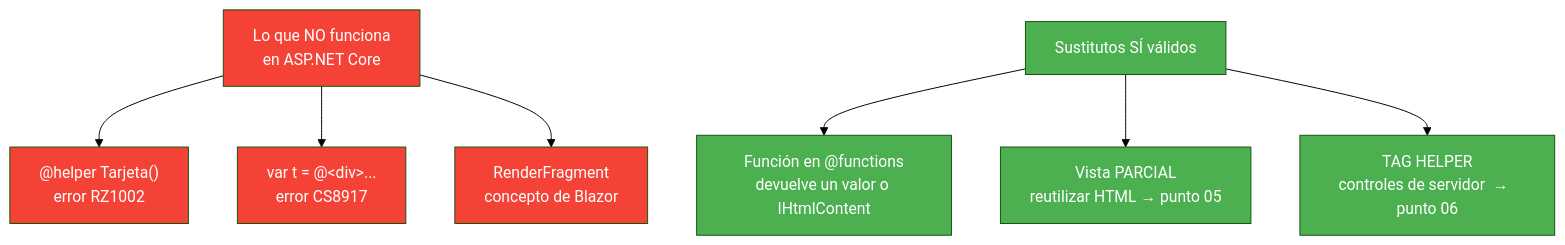
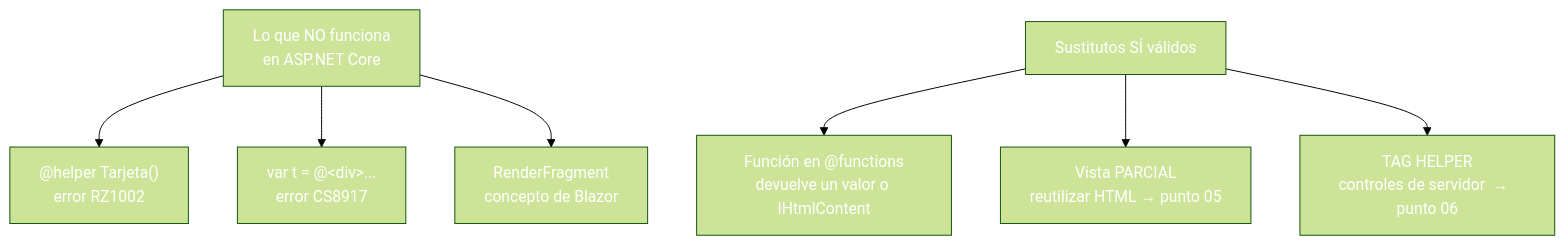
The fourth of 4 diagrams in 04-funciones-metodos.md (joseluisgs/DesarrolloWebEntornosServidor-03-2026-2027), drawn with Mermaid (forest theme) before and after one commit. The commit also changed other lines of this file and 30 other files, not shown here.

````diff
--- a/04-funciones-metodos.md
+++ b/04-funciones-metodos.md
@@ -490,19 +490,19 @@
 ```mermaid
 graph TD
     A["Lo que NO funciona<br/>en ASP.NET Core"] --> B["@helper Tarjeta()<br/>error RZ1002"]
     A --> C["var t = @&lt;div&gt;...<br/>error CS8917"]
     A --> D["RenderFragment<br/>concepto de Blazor"]
 
     E["Sustitutos SÍ válidos"] --> F["Función en @functions<br/>devuelve un valor o IHtmlContent"]
     E --> G["Vista PARCIAL<br/>reutilizar HTML  →  punto 05"]
     E --> H["TAG HELPER<br/>controles de servidor  →  punto 06"]
 
-    style A fill:#f44336,color:#fff
-    style B fill:#f44336,color:#fff
-    style C fill:#f44336,color:#fff
-    style D fill:#f44336,color:#fff
-    style E fill:#4CAF50,color:#fff
-    style F fill:#4CAF50,color:#fff
-    style G fill:#4CAF50,color:#fff
-    style H fill:#4CAF50,color:#fff
+    style A fill:#f4433,color:#fff6,color:#fff
+    style B fill:#f4433,color:#fff6,color:#fff
+    style C fill:#f4433,color:#fff6,color:#fff
+    style D fill:#f4433,color:#fff6,color:#fff
+    style E fill:#4CAF5,color:#fff0,color:#fff
+    style F fill:#4CAF5,color:#fff0,color:#fff
+    style G fill:#4CAF5,color:#fff0,color:#fff
+    style H fill:#4CAF5,color:#fff0,color:#fff
 ```
````
